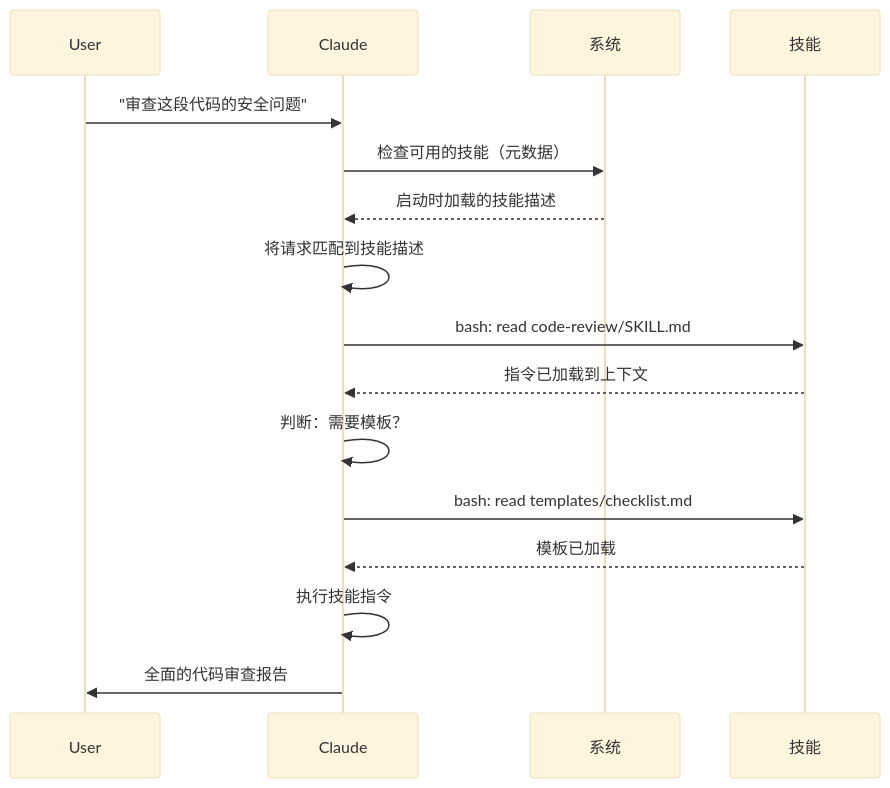
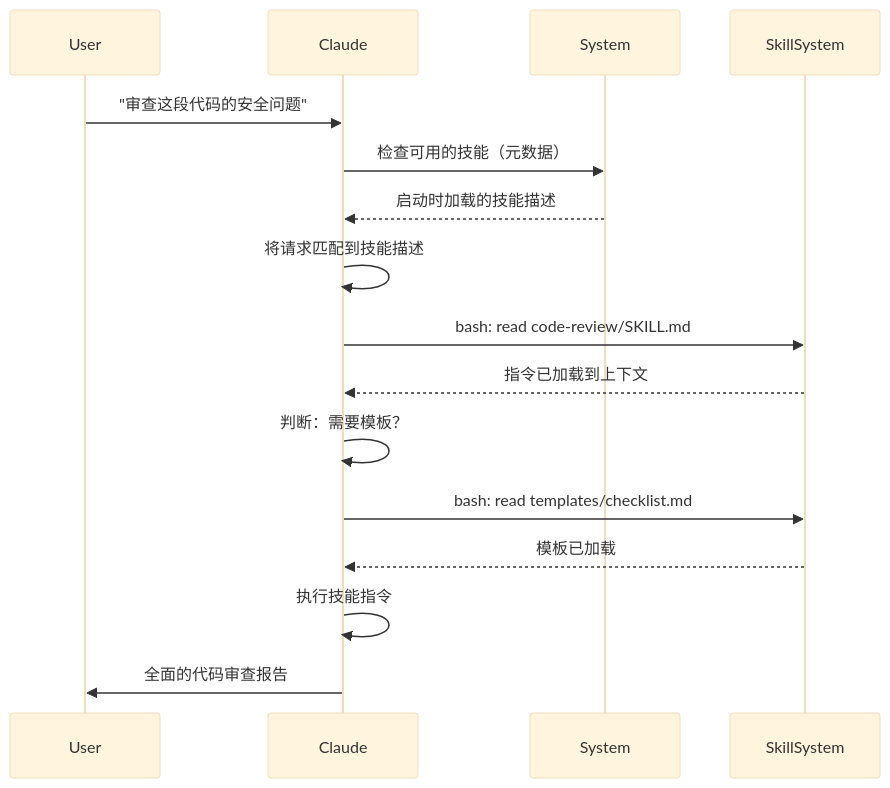
The second of 2 diagrams in 03-skills/README.md (Rx782-Fss/claude-howto-zh), drawn with Mermaid (base theme) before and after one commit. The commit also changed 4 other files, not shown here.

Commit message:
fix: sequenceDiagram participant as 中文别名改为英文避免 GitHub 渲染失败

````diff
--- a/03-skills/README.md
+++ b/03-skills/README.md
@@ -66,19 +66,19 @@
 ```mermaid
 sequenceDiagram
     participant User
     participant Claude as Claude
-    participant System as 系统
-    participant Skill as 技能
+    participant System as System
+    participant Skill as SkillSystem
 
     User->>Claude: "审查这段代码的安全问题"
     Claude->>System: 检查可用的技能（元数据）
     System-->>Claude: 启动时加载的技能描述
     Claude->>Claude: 将请求匹配到技能描述
     Claude->>Skill: bash: read code-review/SKILL.md
     Skill-->>Claude: 指令已加载到上下文
     Claude->>Claude: 判断：需要模板？
     Claude->>Skill: bash: read templates/checklist.md
     Skill-->>Claude: 模板已加载
     Claude->>Claude: 执行技能指令
     Claude->>User: 全面的代码审查报告
 ```
````
